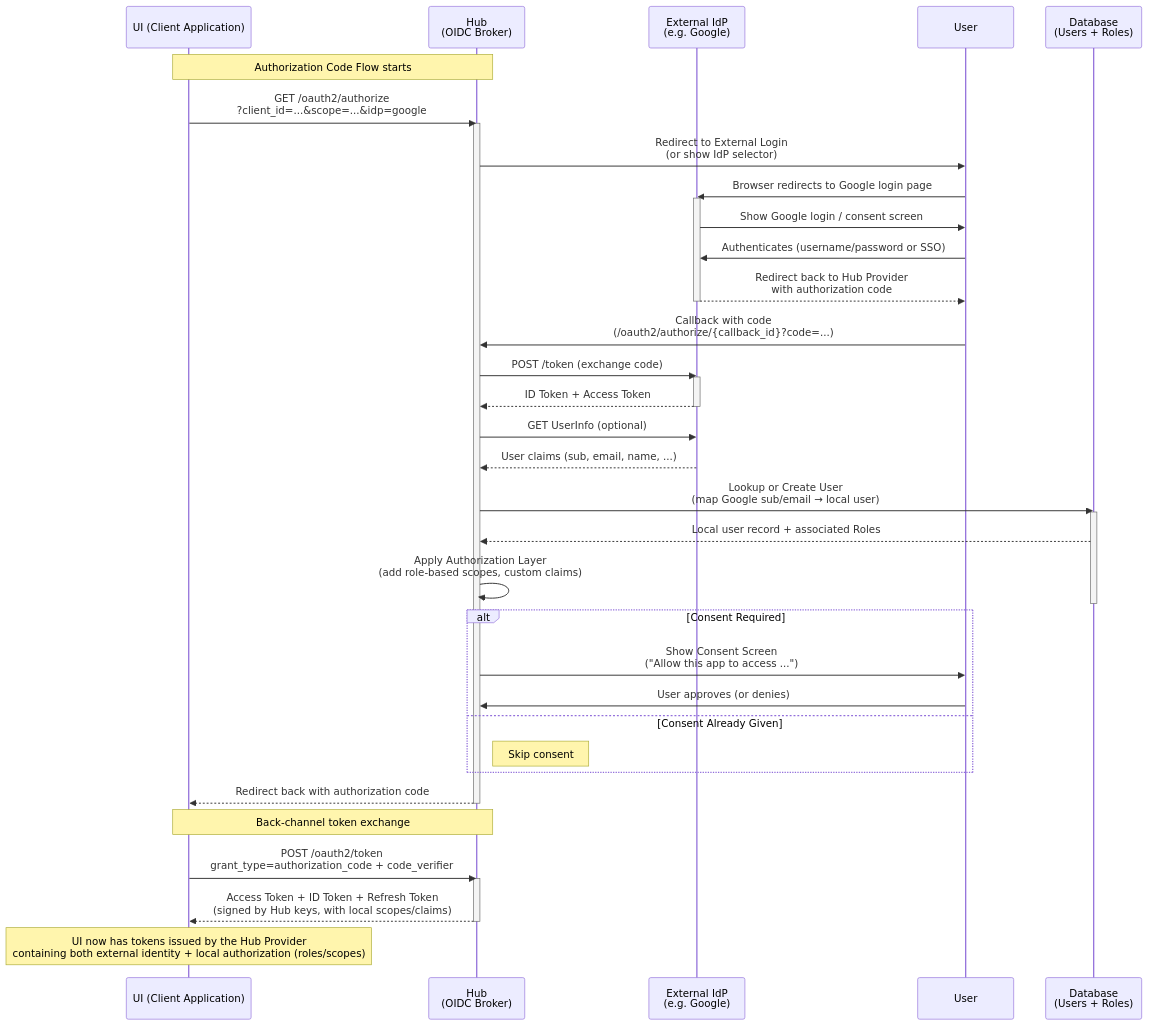
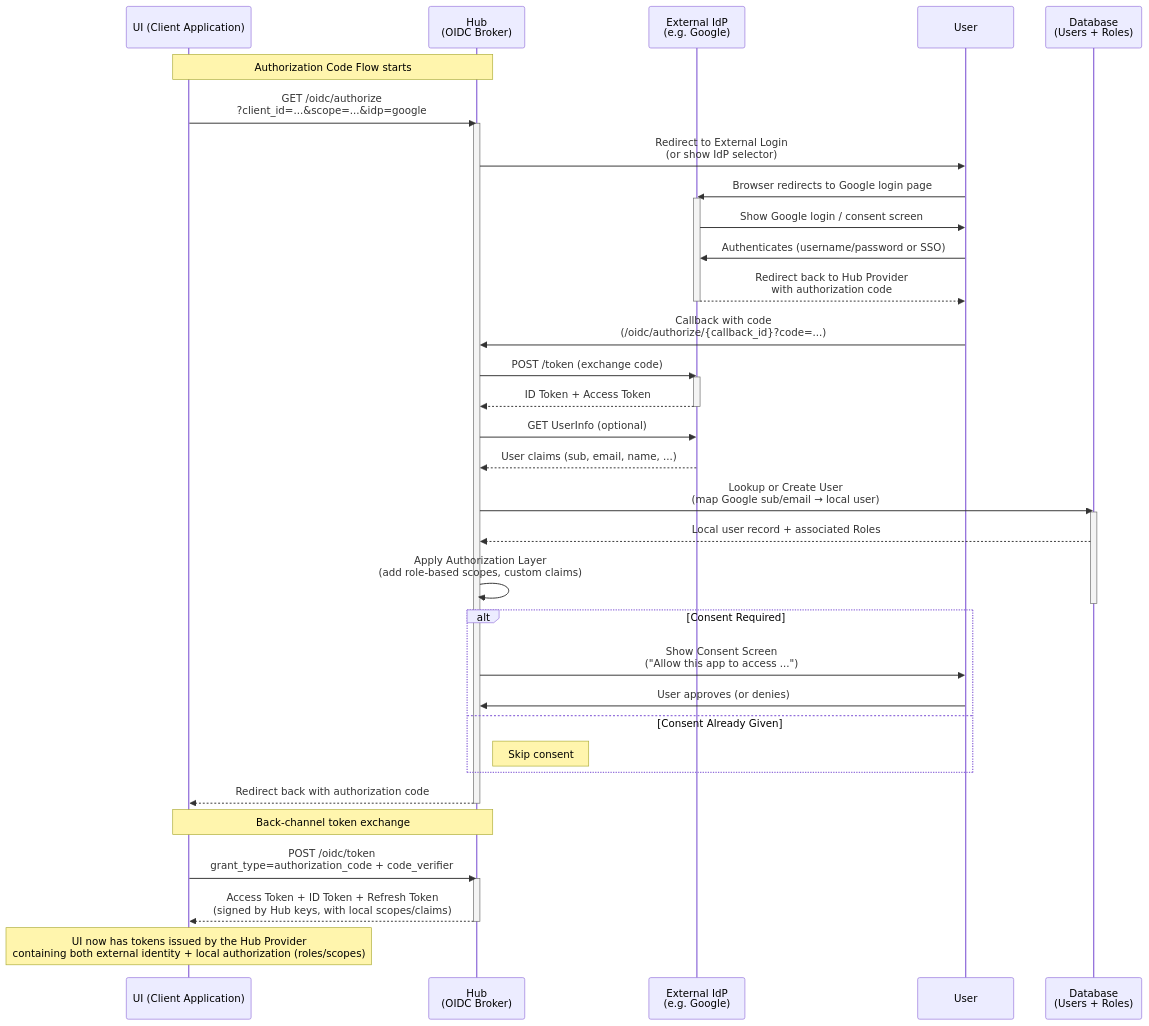
Before and after one commit to konveyor/enhancements: the third of 6 diagrams in enhancements/hub-oidc-provider/DESIGN.md, drawn with Mermaid. The commit also changed other lines of this file, not shown here.

````diff
--- a/enhancements/hub-oidc-provider/DESIGN.md
+++ b/enhancements/hub-oidc-provider/DESIGN.md
@@ -240,61 +240,61 @@
 ```mermaid
 sequenceDiagram
     participant UI as UI (Client Application)
     participant Hub as Hub <br>(OIDC Broker)
     participant ExternalIdP as External IdP<br>(e.g. Google)
     participant User as User
     participant DB as Database<br>(Users + Roles)
 
     Note over UI,Hub: Authorization Code Flow starts
 
-    UI->>Hub: GET /oauth2/authorize<br>?client_id=...&scope=...&idp=google
+    UI->>Hub: GET /oidc/authorize<br>?client_id=...&scope=...&idp=google
     activate Hub
 
     Hub->>User: Redirect to External Login<br>(or show IdP selector)
     User->>ExternalIdP: Browser redirects to Google login page
     activate ExternalIdP
 
     ExternalIdP->>User: Show Google login / consent screen
     User->>ExternalIdP: Authenticates (username/password or SSO)
 
     ExternalIdP-->>User: Redirect back to Hub Provider<br>with authorization code
     deactivate ExternalIdP
 
-    User->>Hub: Callback with code<br>(/oauth2/authorize/{callback_id}?code=...)
+    User->>Hub: Callback with code<br>(/oidc/authorize/{callback_id}?code=...)
 
     Hub->>ExternalIdP: POST /token (exchange code)
     activate ExternalIdP
     ExternalIdP-->>Hub: ID Token + Access Token
     deactivate ExternalIdP
 
     Hub->>ExternalIdP: GET UserInfo (optional)
     ExternalIdP-->>Hub: User claims (sub, email, name, ...)
 
     Hub->>DB: Lookup or Create User<br>(map Google sub/email → local user)
     activate DB
     DB-->>Hub: Local user record + associated Roles
 
     Hub->>Hub: Apply Authorization Layer<br>(add role-based scopes, custom claims)
     deactivate DB
 
     alt Consent Required
         Hub->>User: Show Consent Screen<br>("Allow this app to access ...")
         User->>Hub: User approves (or denies)
     else Consent Already Given
         Note right of Hub: Skip consent
     end
 
     Hub-->>UI: Redirect back with authorization code
     deactivate Hub
 
     Note over UI,Hub: Back-channel token exchange
 
-    UI->>Hub: POST /oauth2/token<br>grant_type=authorization_code + code_verifier
+    UI->>Hub: POST /oidc/token<br>grant_type=authorization_code + code_verifier
     activate Hub
 
     Hub-->>UI: Access Token + ID Token + Refresh Token<br>(signed by Hub keys, with local scopes/claims)
 
     deactivate Hub
 
     Note over UI: UI now has tokens issued by the Hub Provider<br>containing both external identity + local authorization (roles/scopes)
 ```
````
